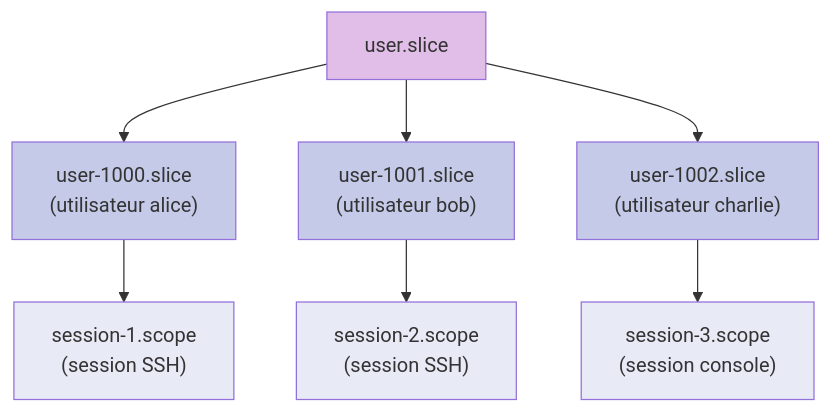
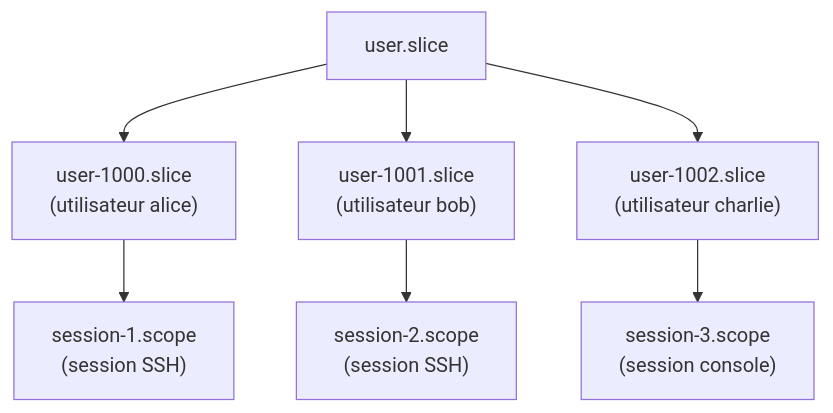
Before and after one commit to vignemail1/systemd-doc: the diagram in docs/cas-pratiques/limitation-ressources-utilisateurs.md, drawn with Mermaid. The commit also changed 2 other files, not shown here.

Commit message:
fix: mermaid font color and admonition networkctl

````diff
--- a/docs/cas-pratiques/limitation-ressources-utilisateurs.md
+++ b/docs/cas-pratiques/limitation-ressources-utilisateurs.md
@@ -9,27 +9,27 @@
 ```mermaid
 graph TB
     userslice["user.slice"]
     alice["user-1000.slice<br/>(utilisateur alice)"]
     bob["user-1001.slice<br/>(utilisateur bob)"]
     charlie["user-1002.slice<br/>(utilisateur charlie)"]
     
     session1["session-1.scope<br/>(session SSH)"]
     session2["session-2.scope<br/>(session SSH)"]
     session3["session-3.scope<br/>(session console)"]
     
     userslice --> alice
     userslice --> bob
     userslice --> charlie
     
     alice --> session1
     bob --> session2
     charlie --> session3
     
-    style userslice fill:#E1BEE7
-    style alice fill:#C5CAE9
-    style bob fill:#C5CAE9
-    style charlie fill:#C5CAE9
-    style session1 fill:#E8EAF6
-    style session2 fill:#E8EAF6
-    style session3 fill:#E8EAF6
+    style userslice fill:#E1BEE7 color:#1b1b1b
+    style alice fill:#C5CAE9 color:#1b1b1b
+    style bob fill:#C5CAE9 color:#1b1b1b
+    style charlie fill:#C5CAE9 color:#1b1b1b
+    style session1 fill:#E8EAF6 color:#1b1b1b
+    style session2 fill:#E8EAF6 color:#1b1b1b
+    style session3 fill:#E8EAF6 color:#1b1b1b
 ```
````
